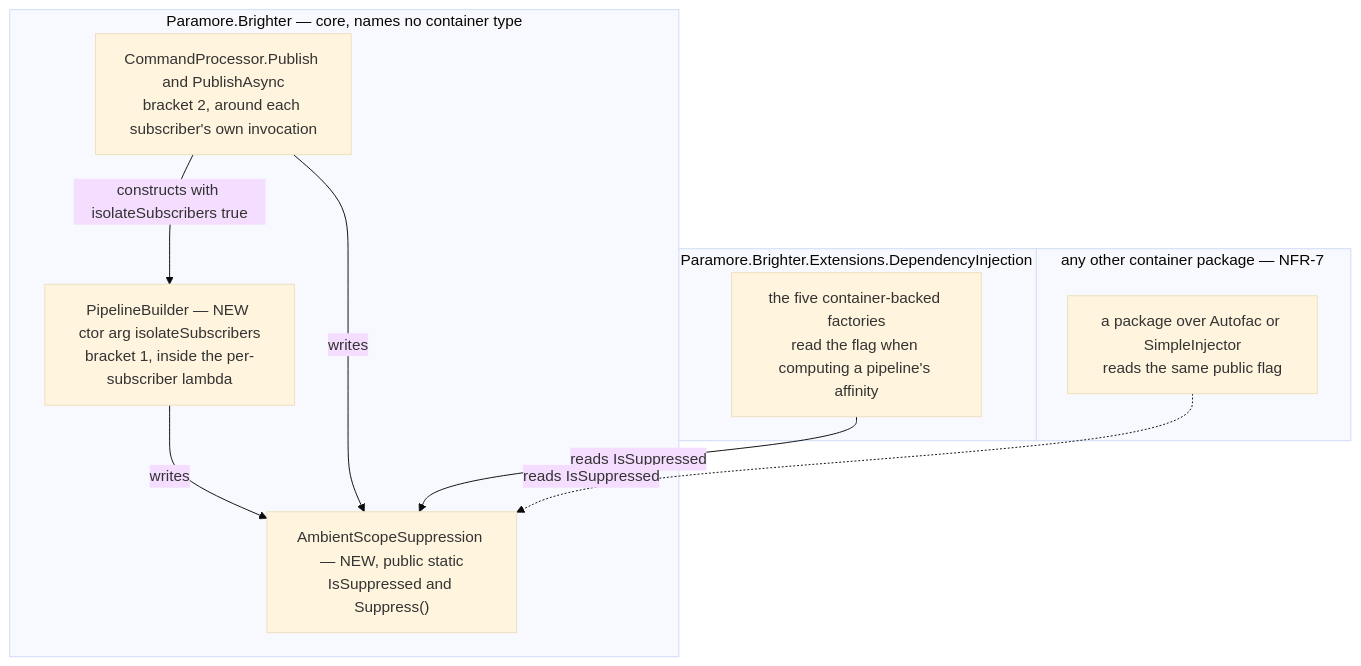
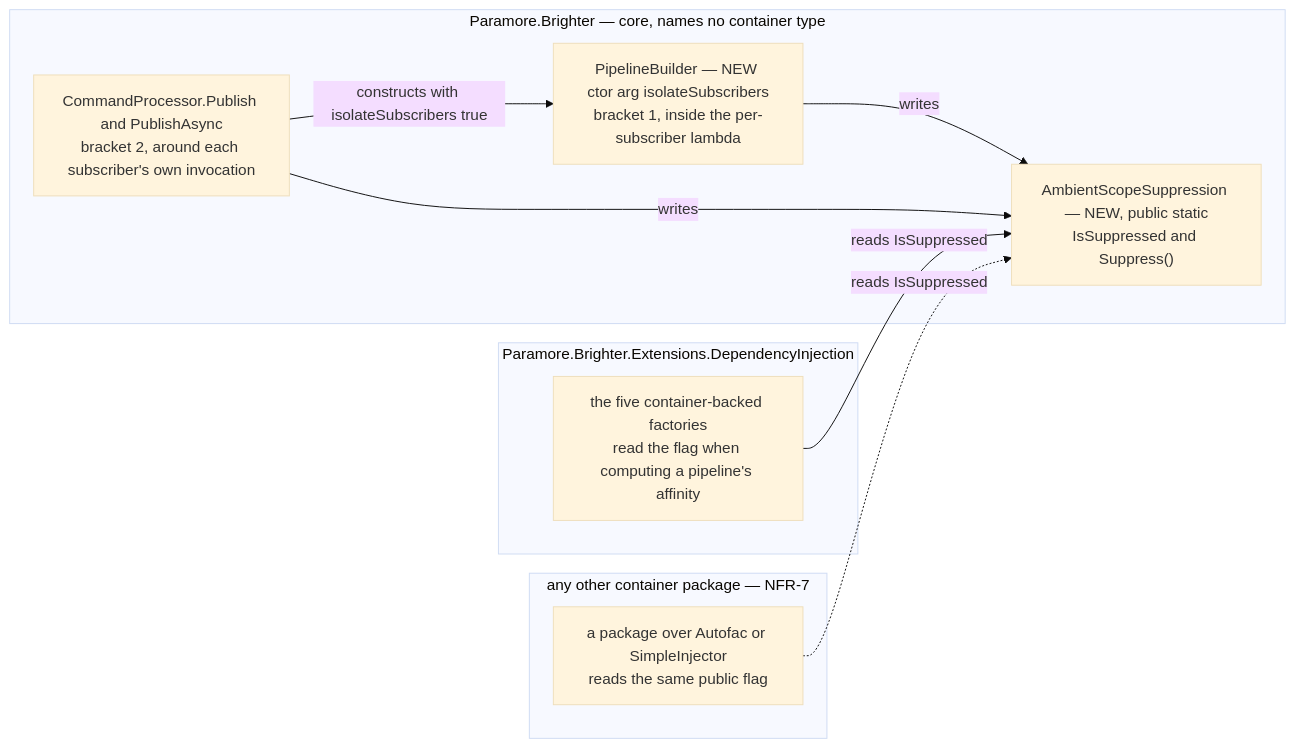
The second of 2 diagrams in docs/adr/0075-publish-subscriber-scope-suppression.md (BrighterCommand/Brighter), drawn with Mermaid (base theme) before and after one commit. The commit also changed other lines of this file and 2 other files, not shown here.

````diff
--- a/docs/adr/0075-publish-subscriber-scope-suppression.md
+++ b/docs/adr/0075-publish-subscriber-scope-suppression.md
@@ -131,22 +143,22 @@
 ```mermaid
-flowchart TB
+flowchart LR
     subgraph core["Paramore.Brighter — core, names no container type"]
         suppress["AmbientScopeSuppression — NEW, public static<br/>IsSuppressed and Suppress()"]
         pb["PipelineBuilder — NEW ctor arg isolateSubscribers<br/>bracket 1, inside the per-subscriber lambda"]
         cp["CommandProcessor.Publish and PublishAsync<br/>bracket 2, around each subscriber's own invocation"]
         pb -- "writes" --> suppress
         cp -- "writes" --> suppress
         cp -- "constructs with isolateSubscribers true" --> pb
     end
 
     subgraph di["Paramore.Brighter.Extensions.DependencyInjection"]
         facs["the five container-backed factories<br/>read the flag when computing a pipeline's affinity"]
     end
 
     subgraph other["any other container package — NFR-7"]
         third["a package over Autofac or SimpleInjector<br/>reads the same public flag"]
     end
 
     facs -- "reads IsSuppressed" --> suppress
     third -. "reads IsSuppressed" .-> suppress
 ```
````
